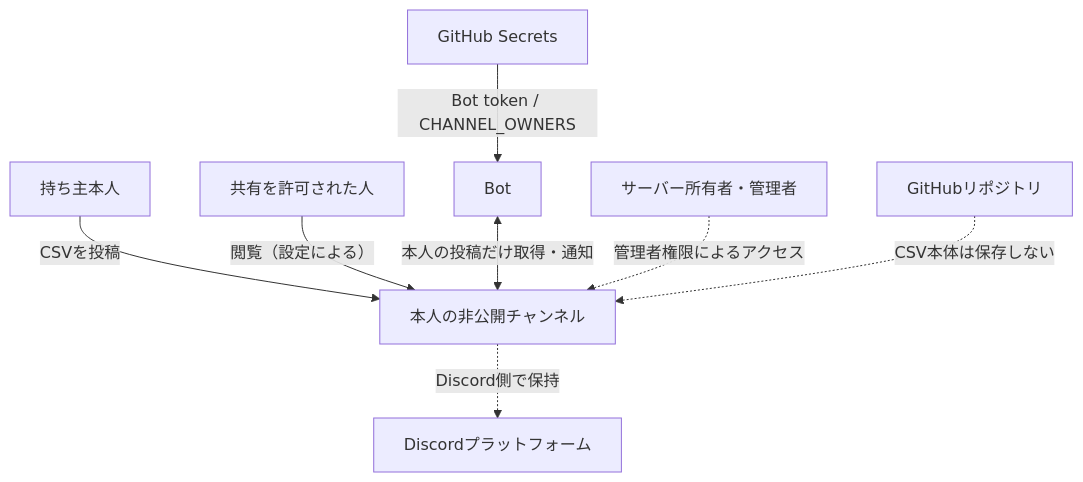
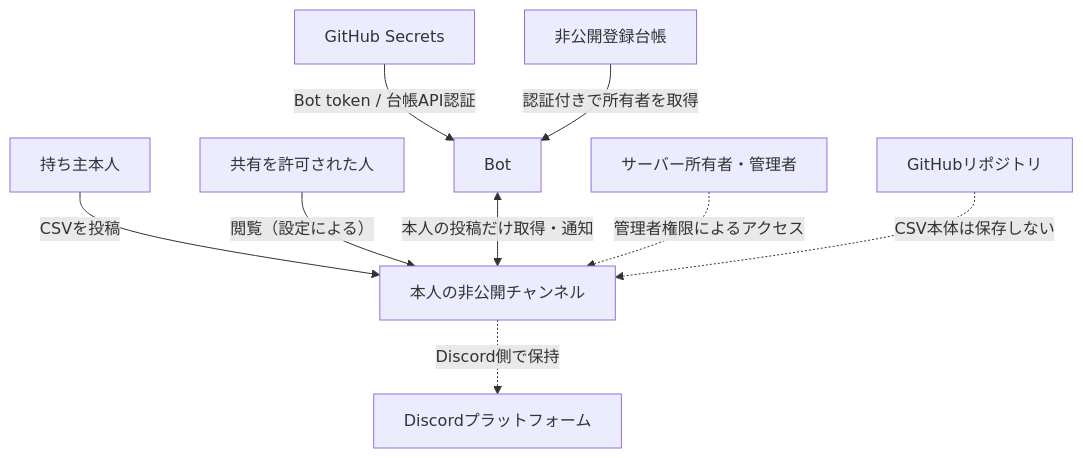
Before and after one commit to chihiros7/stock-signal: the diagram in docs/Security-Design.md, drawn with Mermaid. The commit also changed other lines of this file and 8 other files, not shown here.

````diff
--- a/docs/Security-Design.md
+++ b/docs/Security-Design.md
@@ -15,10 +15,11 @@
 ```mermaid
 flowchart TB
   A["持ち主本人"] -->|"CSVを投稿"| C["本人の非公開チャンネル"]
   S["共有を許可された人"] -->|"閲覧（設定による）"| C
   B["Bot"] <-->|"本人の投稿だけ取得・通知"| C
-  X["GitHub Secrets"] -->|"Bot token / CHANNEL_OWNERS"| B
+  X["GitHub Secrets"] -->|"Bot token / 台帳API認証"| B
+  T["非公開登録台帳"] -->|"認証付きで所有者を取得"| B
   M["サーバー所有者・管理者"] -.->|"管理者権限によるアクセス"| C
   C -.->|"Discord側で保持"| P["Discordプラットフォーム"]
   R["GitHubリポジトリ"] -.->|"CSV本体は保存しない"| C
 ```
````
